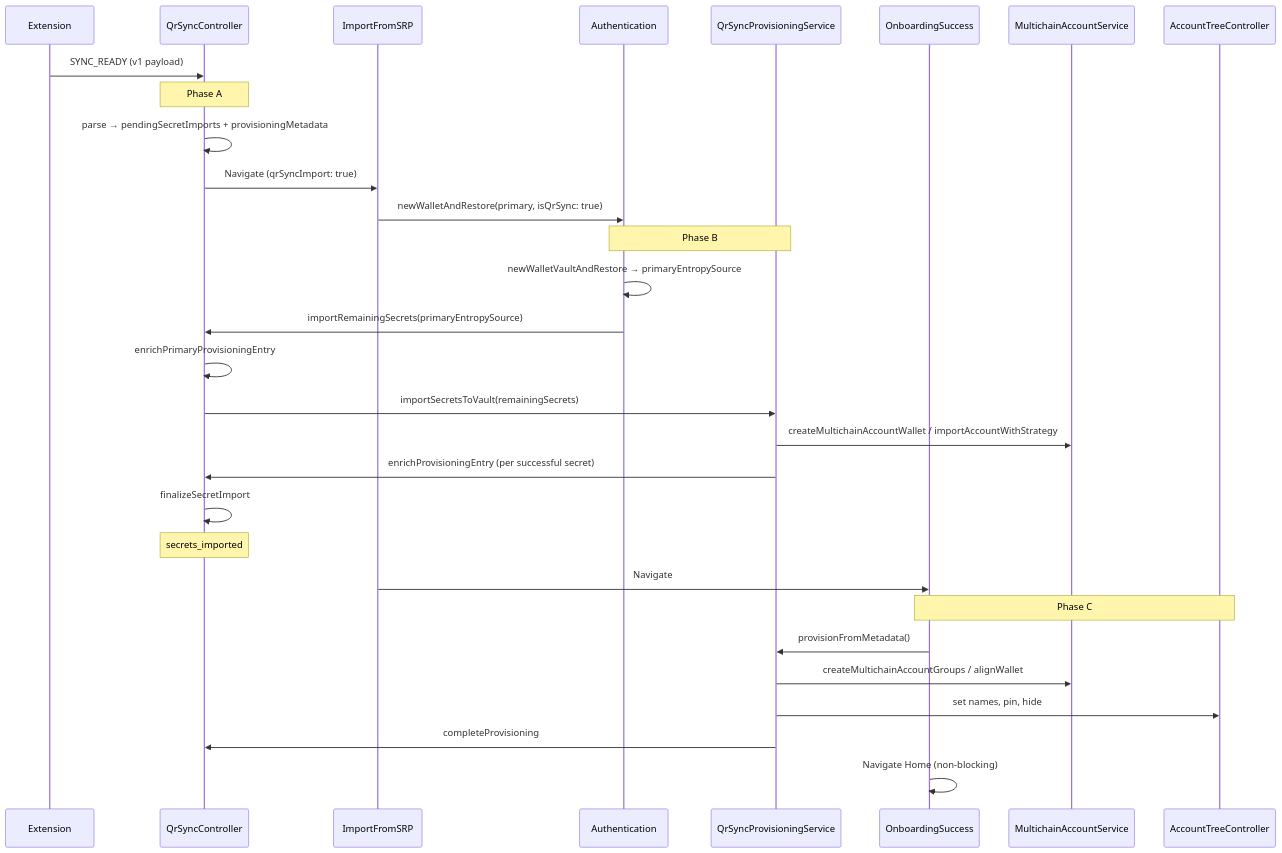
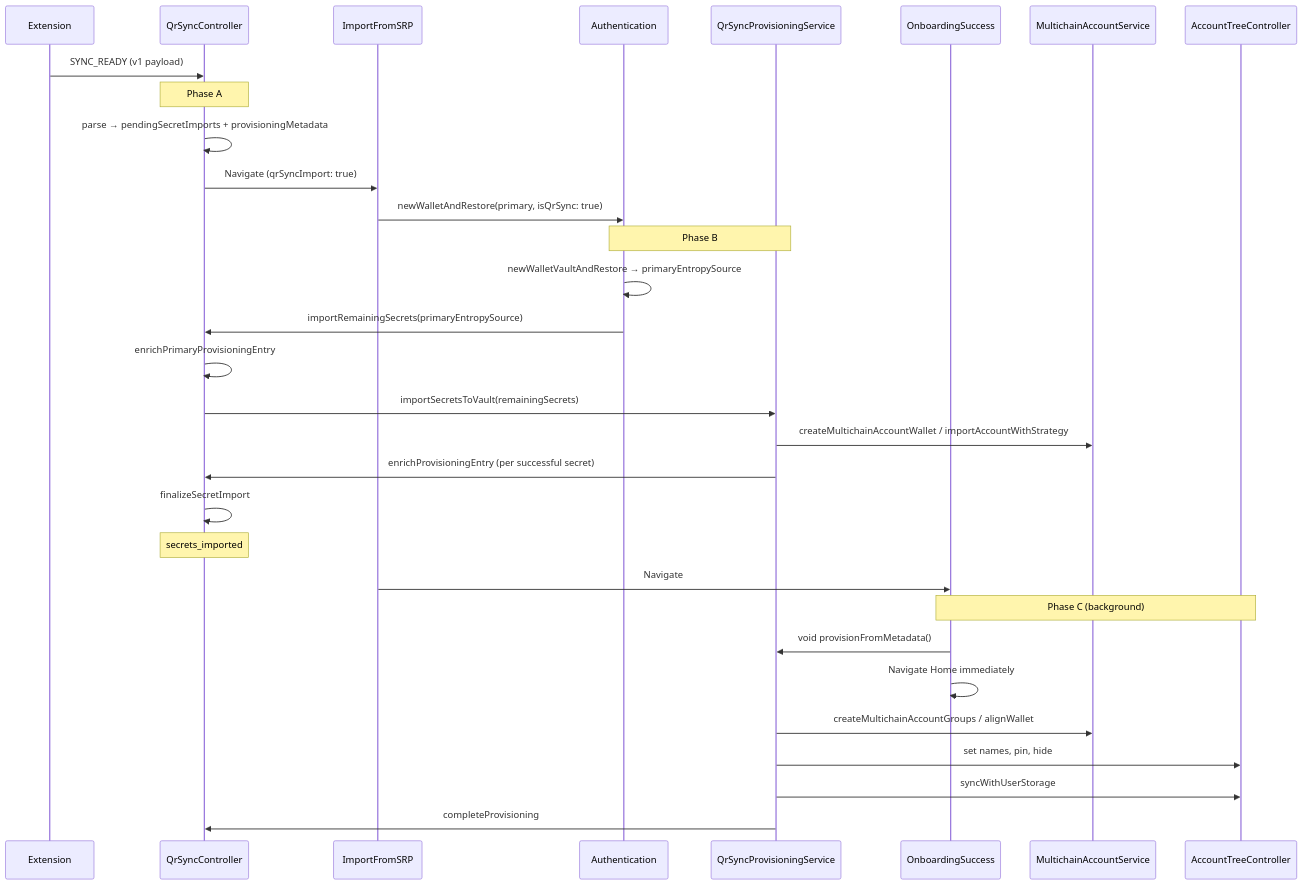
One commit to MetaMask/metamask-mobile changed the first of 4 diagrams in docs/qr-sync/provisioning-technical.md. Above: the diagram before and after it, drawn with Mermaid. The commit also changed other lines of this file and 4 other files, not shown here.

````diff
--- a/docs/qr-sync/provisioning-technical.md
+++ b/docs/qr-sync/provisioning-technical.md
@@ -120,35 +121,36 @@
 ```mermaid
 sequenceDiagram
     participant Ext as Extension
     participant QC as QrSyncController
     participant Import as ImportFromSRP
     participant Auth as Authentication
     participant Prov as QrSyncProvisioningService
     participant Success as OnboardingSuccess
     participant MAS as MultichainAccountService
     participant ATC as AccountTreeController
 
     Ext->>QC: SYNC_READY (v1 payload)
     Note over QC: Phase A
     QC->>QC: parse → pendingSecretImports + provisioningMetadata
     QC->>Import: Navigate (qrSyncImport: true)
 
     Import->>Auth: newWalletAndRestore(primary, isQrSync: true)
     Note over Auth,Prov: Phase B
     Auth->>Auth: newWalletVaultAndRestore → primaryEntropySource
     Auth->>QC: importRemainingSecrets(primaryEntropySource)
     QC->>QC: enrichPrimaryProvisioningEntry
     QC->>Prov: importSecretsToVault(remainingSecrets)
     Prov->>MAS: createMultichainAccountWallet / importAccountWithStrategy
     Prov->>QC: enrichProvisioningEntry (per successful secret)
     QC->>QC: finalizeSecretImport
     Note over QC: secrets_imported
     Import->>Success: Navigate
 
-    Note over Success,ATC: Phase C
-    Success->>Prov: provisionFromMetadata()
+    Note over Success,ATC: Phase C (background)
+    Success->>Prov: void provisionFromMetadata()
+    Success->>Success: Navigate Home immediately
     Prov->>MAS: createMultichainAccountGroups / alignWallet
     Prov->>ATC: set names, pin, hide
+    Prov->>ATC: syncWithUserStorage
     Prov->>QC: completeProvisioning
-    Success->>Success: Navigate Home (non-blocking)
 ```
````
